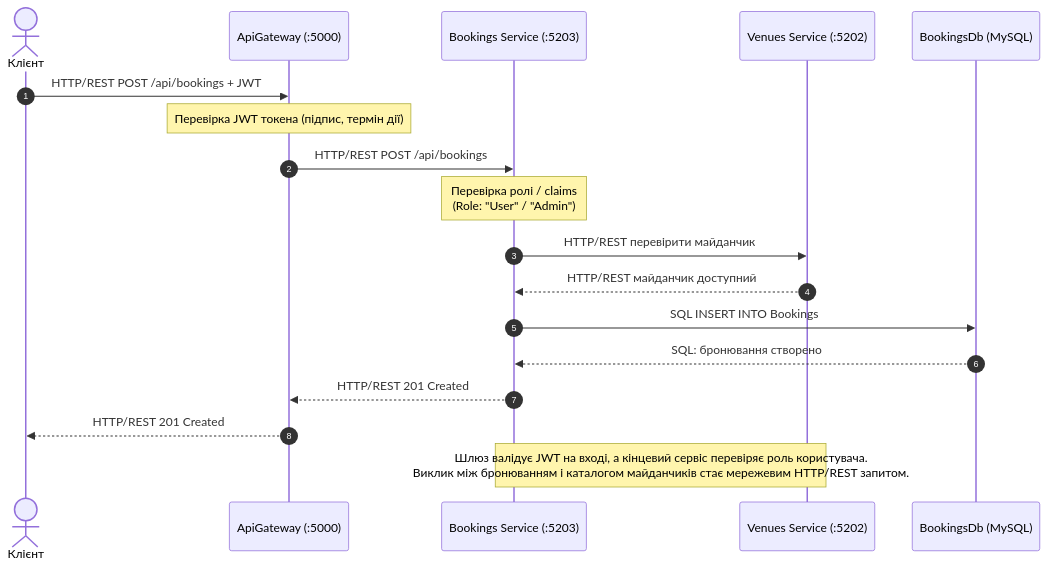
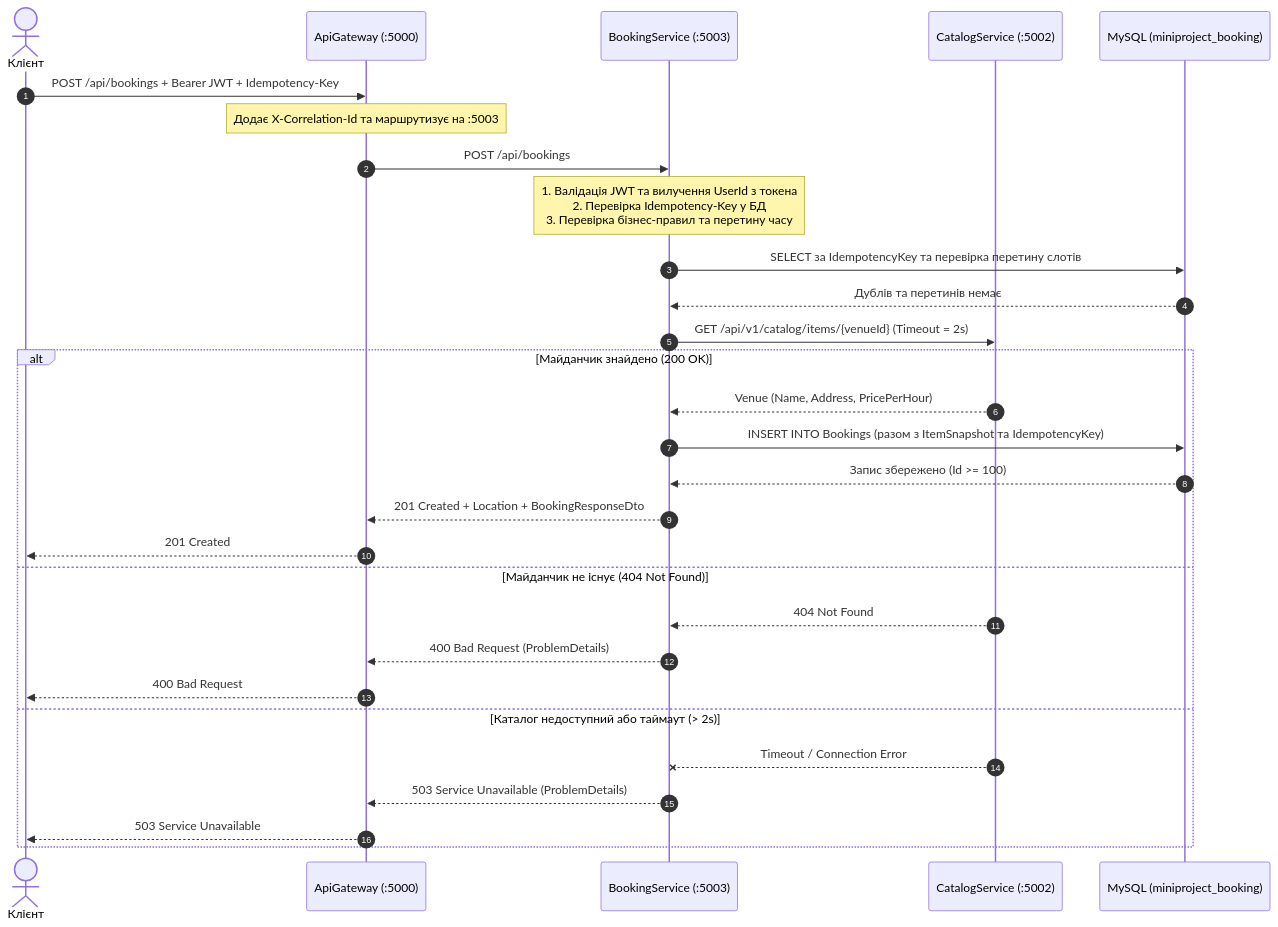
The second of 2 diagrams in docs/diagrams/README.md (julliissh/SportsBooking), drawn with Mermaid before and after one commit. The commit also changed other lines of this file and 39 other files, not shown here.

Commit message:
feat(booking): винесення BookingService, інтеграційні тести, Docker Compose та перемикання шлюзу

````diff
--- a/docs/diagrams/README.md
+++ b/docs/diagrams/README.md
@@ -86,22 +64,32 @@
 ```mermaid
 sequenceDiagram
     autonumber
     actor Client as Клієнт
     participant GW as ApiGateway (:5000)
-    participant Bookings as Bookings Service (:5203)
-    participant Venues as Venues Service (:5202)
-    participant DB as BookingsDb (MySQL)
+    participant Booking as BookingService (:5003)
+    participant Catalog as CatalogService (:5002)
+    participant DB as MySQL (miniproject_booking)
 
-    Client->>GW: HTTP/REST POST /api/bookings + JWT
-    Note over GW: Перевірка JWT токена (підпис, термін дії)
-    GW->>Bookings: HTTP/REST POST /api/bookings
-    Note over Bookings: Перевірка ролі / claims<br/>(Role: "User" / "Admin")
-    Bookings->>Venues: HTTP/REST перевірити майданчик
-    Venues-->>Bookings: HTTP/REST майданчик доступний
-    Bookings->>DB: SQL INSERT INTO Bookings
-    DB-->>Bookings: SQL: бронювання створено
-    Bookings-->>GW: HTTP/REST 201 Created
-    GW-->>Client: HTTP/REST 201 Created
-
-    Note over Bookings,Venues: Шлюз валідує JWT на вході, а кінцевий сервіс перевіряє роль користувача.<br/>Виклик між бронюванням і каталогом майданчиків стає мережевим HTTP/REST запитом.
+    Client->>GW: POST /api/bookings + Bearer JWT + Idempotency-Key
+    Note over GW: Додає X-Correlation-Id та маршрутизує на :5003
+    GW->>Booking: POST /api/bookings
+    Note over Booking: 1. Валідація JWT та вилучення UserId з токена<br/>2. Перевірка Idempotency-Key у БД<br/>3. Перевірка бізнес-правил та перетину часу
+    Booking->>DB: SELECT за IdempotencyKey та перевірка перетину слотів
+    DB-->>Booking: Дублів та перетинів немає
+    Booking->>Catalog: GET /api/v1/catalog/items/{venueId} (Timeout = 2s)
+    alt Майданчик знайдено (200 OK)
+        Catalog-->>Booking: Venue (Name, Address, PricePerHour)
+        Booking->>DB: INSERT INTO Bookings (разом з ItemSnapshot та IdempotencyKey)
+        DB-->>Booking: Запис збережено (Id >= 100)
+        Booking-->>GW: 201 Created + Location + BookingResponseDto
+        GW-->>Client: 201 Created
+    else Майданчик не існує (404 Not Found)
+        Catalog-->>Booking: 404 Not Found
+        Booking-->>GW: 400 Bad Request (ProblemDetails)
+        GW-->>Client: 400 Bad Request
+    else Каталог недоступний або таймаут (> 2s)
+        Catalog--xBooking: Timeout / Connection Error
+        Booking-->>GW: 503 Service Unavailable (ProblemDetails)
+        GW-->>Client: 503 Service Unavailable
+    end
 ```
````
